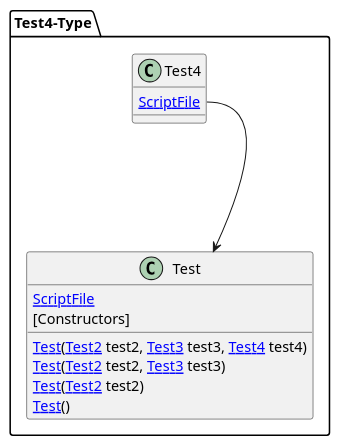
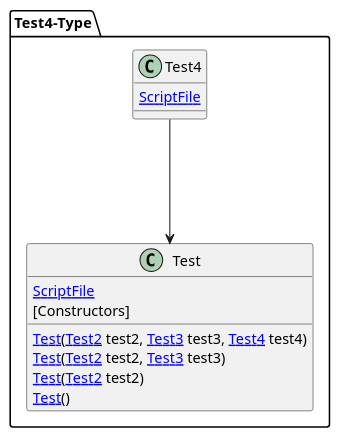
The diagram in src/Chickensoft.UMLGenerator.Tests/Snapshots/DependencyInjection_Test4.verified.puml (chickensoft-games/UMLGenerator), drawn with PlantUML before and after one commit. The commit also changed 1 other file, not shown here.

```diff
--- a/src/Chickensoft.UMLGenerator.Tests/Snapshots/DependencyInjection_Test4.verified.puml
+++ b/src/Chickensoft.UMLGenerator.Tests/Snapshots/DependencyInjection_Test4.verified.puml
@@ -1,19 +1,19 @@
 @startuml
 
 package Test4-Type [[../../TestCases/DependencyInjection/Test4.cs]] {
     class Test4  {
         [[../../TestCases/DependencyInjection/Test4.cs ScriptFile]]
         
     }
     class Test  {
         [[../../TestCases/DependencyInjection/Test.cs ScriptFile]]
         [Constructors]
         [[../../TestCases/DependencyInjection/Test.cs:7 Test]]([[../../TestCases/DependencyInjection/Test2.cs Test2]] test2, [[../../TestCases/DependencyInjection/Test3.cs Test3]] test3, [[../../TestCases/DependencyInjection/Test4.cs Test4]] test4)
         [[../../TestCases/DependencyInjection/Test.cs:8 Test]]([[../../TestCases/DependencyInjection/Test2.cs Test2]] test2, [[../../TestCases/DependencyInjection/Test3.cs Test3]] test3)
         [[../../TestCases/DependencyInjection/Test.cs:9 Test]]([[../../TestCases/DependencyInjection/Test2.cs Test2]] test2)
         [[../../TestCases/DependencyInjection/Test.cs:10 Test]]()
     }
-    Test4::Test ---> Test
+    Test4 ---> Test
 }
 
 @enduml
```
